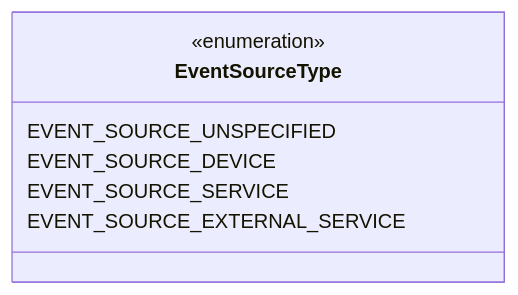
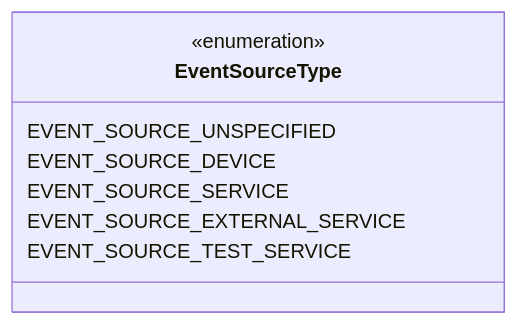
The second of 3 diagrams in docs/event.proto.md (zaphiro-technologies/protobuf), drawn with Mermaid before and after one commit. The commit also changed other lines of this file and 10 other files, not shown here.

First line of the commit message:
Add event test service event source type (#98)

````diff
--- a/docs/event.proto.md
+++ b/docs/event.proto.md
@@ -74,13 +76,14 @@
 ```mermaid
 classDiagram
 direction LR
 %% 
 
 class EventSourceType{
   <<enumeration>>
   EVENT_SOURCE_UNSPECIFIED
   EVENT_SOURCE_DEVICE
   EVENT_SOURCE_SERVICE
   EVENT_SOURCE_EXTERNAL_SERVICE
+  EVENT_SOURCE_TEST_SERVICE
 }
 ```
````
